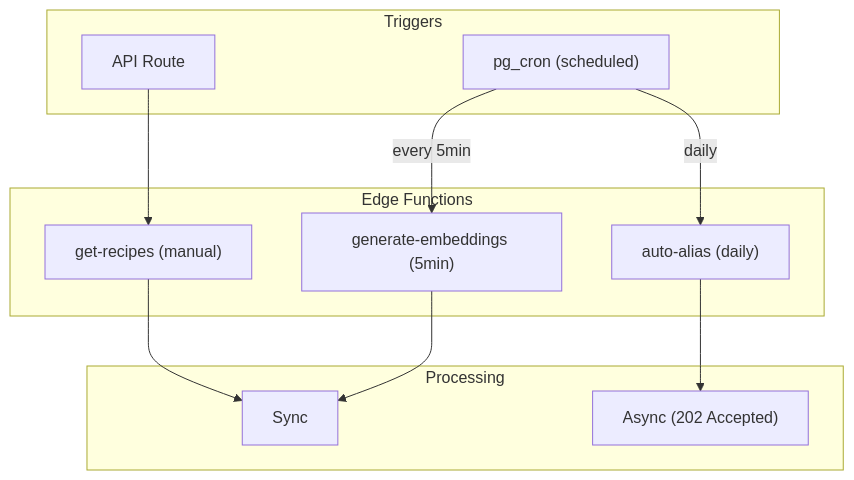
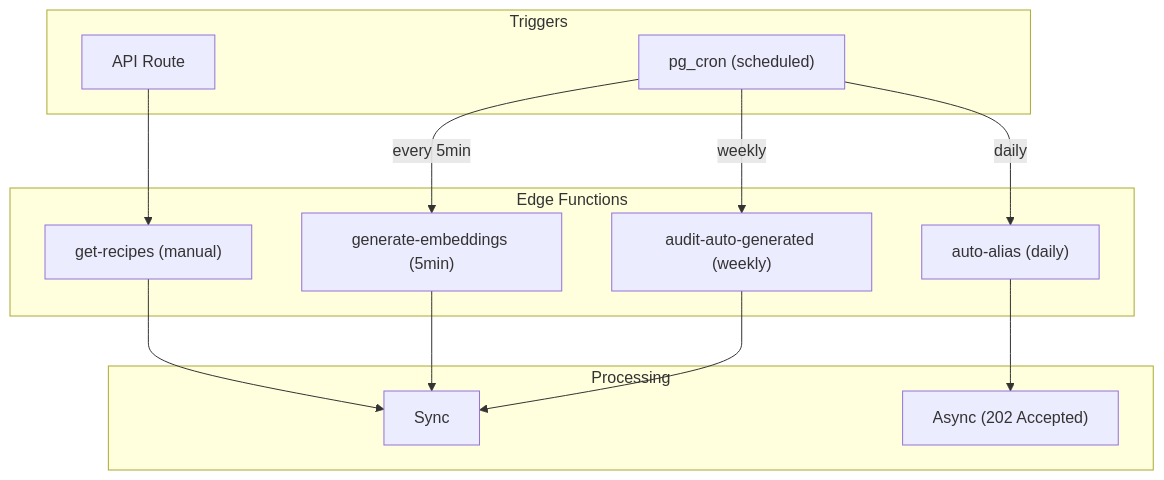
One commit to mktu/recipe-app changed the second of 12 diagrams in docs/ARCHITECTURE.md. Above: the diagram before and after it, drawn with Mermaid. The commit also changed other lines of this file and 13 other files, not shown here.

````diff
--- a/docs/ARCHITECTURE.md
+++ b/docs/ARCHITECTURE.md
@@ -246,26 +251,29 @@
 ```mermaid
 graph TB
     subgraph Triggers["Triggers"]
         API["API Route"]
         Cron["pg_cron (scheduled)"]
     end
 
     subgraph Functions["Edge Functions"]
         GetRecipes["get-recipes (manual)"]
         GenEmbed["generate-embeddings (5min)"]
         AutoAlias["auto-alias (daily)"]
+        Audit["audit-auto-generated (weekly)"]
     end
 
     subgraph Processing["Processing"]
         Sync["Sync"]
         Async["Async (202 Accepted)"]
     end
 
     API --> GetRecipes
     Cron -->|every 5min| GenEmbed
     Cron -->|daily| AutoAlias
+    Cron -->|weekly| Audit
 
     GetRecipes --> Sync
     GenEmbed --> Sync
     AutoAlias --> Async
+    Audit --> Sync
 ```
````
